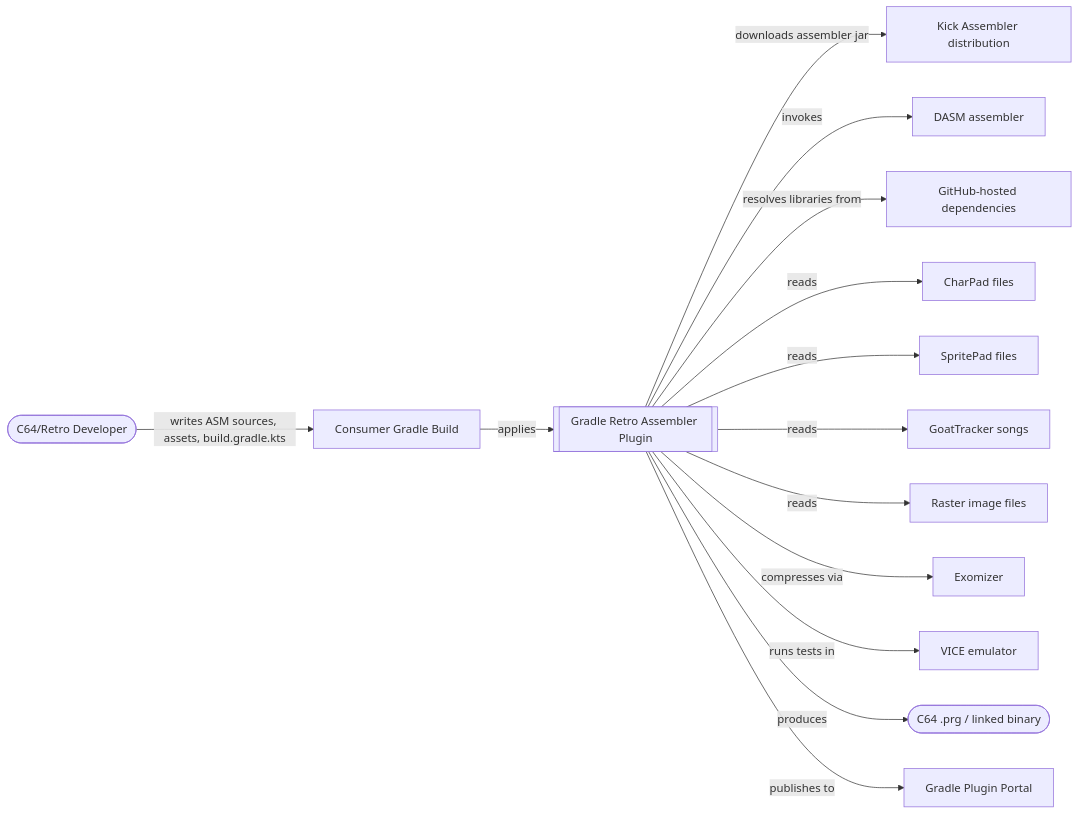
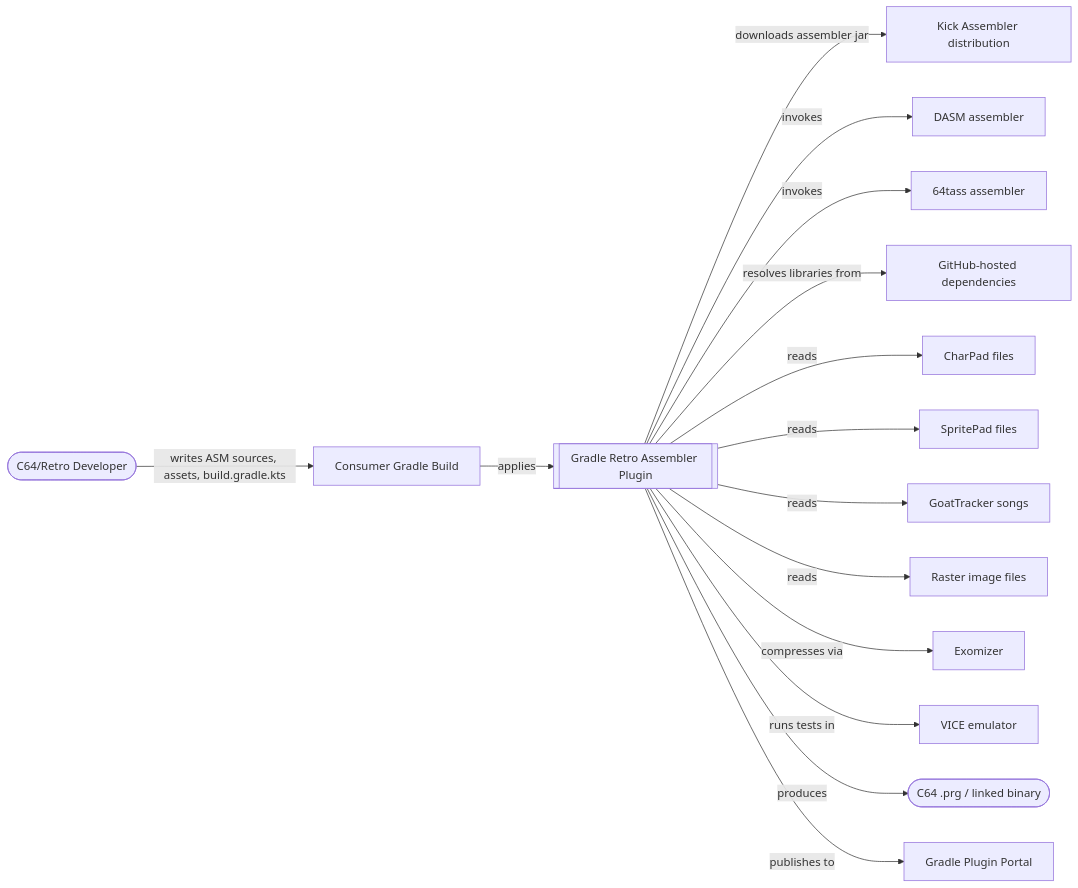
One commit to c64lib/gradle-retro-assembler-plugin changed the first of 2 diagrams in doc/arc42/03_context_and_scope.md. Above: the diagram before and after it, drawn with Mermaid. The commit also changed other lines of this file and 35 other files, not shown here.

First line of the commit message:
Add 64tass (TASM) assembler support in compilers and flows domains

````diff
--- a/doc/arc42/03_context_and_scope.md
+++ b/doc/arc42/03_context_and_scope.md
@@ -7,22 +7,23 @@
 ```mermaid
 flowchart LR
     Dev([C64/Retro Developer])
     Build[Consumer Gradle Build]
     Plugin[["Gradle Retro Assembler Plugin"]]
 
     Dev -- writes ASM sources, assets, build.gradle.kts --> Build
     Build -- applies --> Plugin
 
     Plugin -- downloads assembler jar --> KA[Kick Assembler distribution]
     Plugin -- invokes --> DASM[DASM assembler]
+    Plugin -- invokes --> TASS[64tass assembler]
     Plugin -- resolves libraries from --> GH[GitHub-hosted dependencies]
     Plugin -- reads --> CP[CharPad files]
     Plugin -- reads --> SP[SpritePad files]
     Plugin -- reads --> GT[GoatTracker songs]
     Plugin -- reads --> IMG[Raster image files]
     Plugin -- compresses via --> EXO[Exomizer]
     Plugin -- runs tests in --> VICE[VICE emulator]
     Plugin -- produces --> PRG([C64 .prg / linked binary])
 
     Plugin -- publishes to --> Portal[Gradle Plugin Portal]
 ```
````
